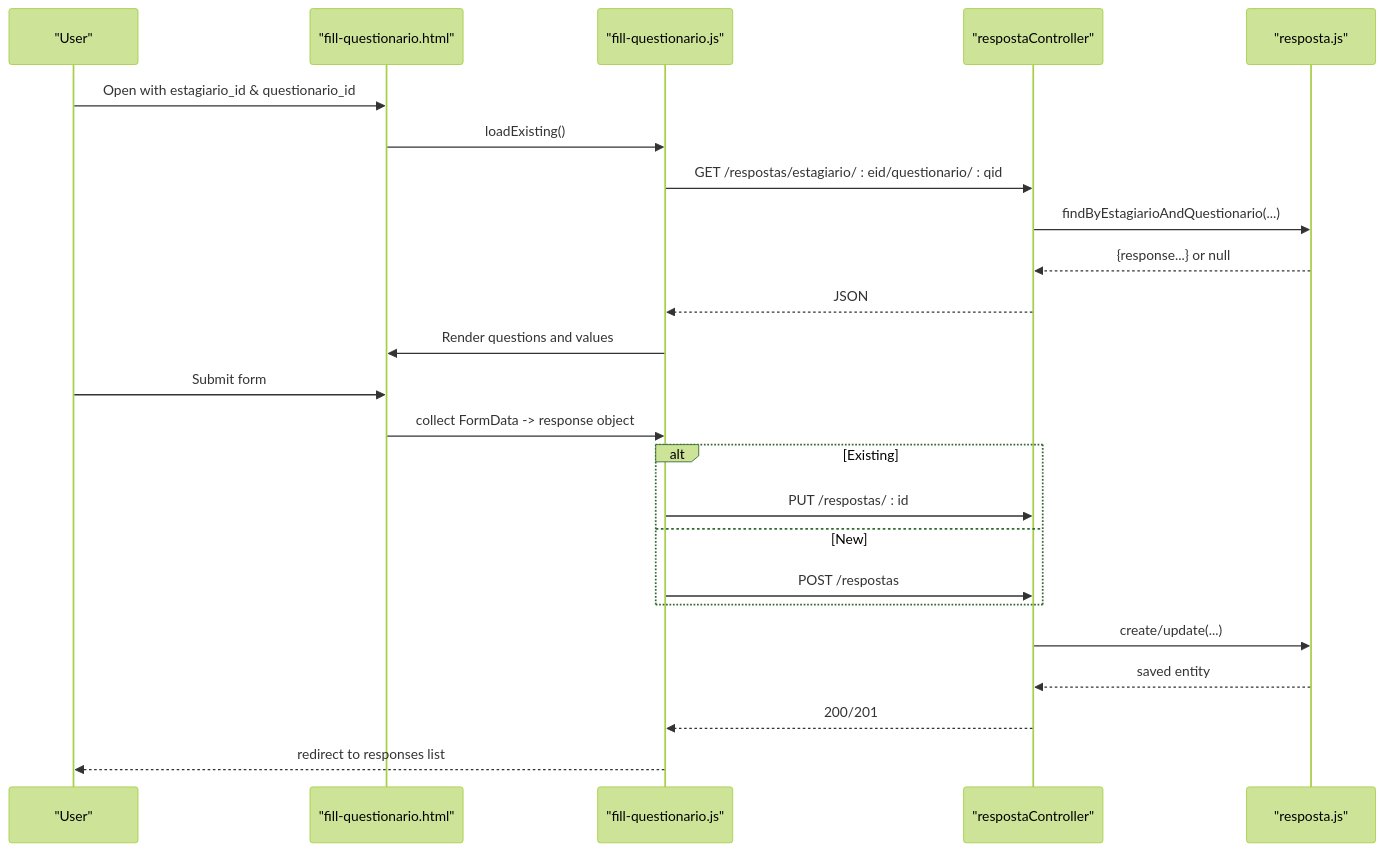
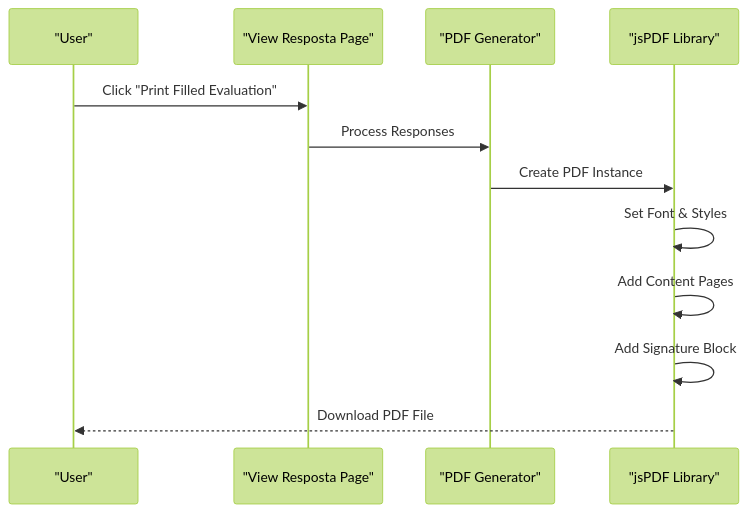
Before and after one commit to luiseduacosta/nodemural: the eighth of 9 diagrams in .qoder/repowiki/en/content/Core Features Implementation/Questionnaire & Assessment System.md, drawn with Mermaid (forest theme). The commit also changed other lines of this file and 30 other files, not shown here.

Commit message:
Update tables schema.

````diff
--- a/.qoder/repowiki/en/content/Core Features Implementation/Questionnaire & Assessment System.md
+++ b/.qoder/repowiki/en/content/Core Features Implementation/Questionnaire & Assessment System.md
@@ -367,26 +333,14 @@
 ```mermaid
 sequenceDiagram
 participant U as "User"
-participant FE as "fill-questionario.html"
-participant JS as "fill-questionario.js"
-participant API as "respostaController"
-participant MD as "resposta.js"
-U->>FE : Open with estagiario_id & questionario_id
-FE->>JS : loadExisting()
-JS->>API : GET /respostas/estagiario/ : eid/questionario/ : qid
-API->>MD : findByEstagiarioAndQuestionario(...)
-MD-->>API : {response...} or null
-API-->>JS : JSON
-JS->>FE : Render questions and values
-U->>FE : Submit form
-FE->>JS : collect FormData -> response object
-alt Existing
-JS->>API : PUT /respostas/ : id
-else New
-JS->>API : POST /respostas
-end
-API->>MD : create/update(...)
-MD-->>API : saved entity
-API-->>JS : 200/201
-JS-->>U : redirect to responses list
+participant VR as "View Resposta Page"
+participant PDF as "PDF Generator"
+participant DOC as "jsPDF Library"
+U->>VR : Click "Print Filled Evaluation"
+VR->>PDF : Process Responses
+PDF->>DOC : Create PDF Instance
+DOC->>DOC : Set Font & Styles
+DOC->>DOC : Add Content Pages
+DOC->>DOC : Add Signature Block
+DOC-->>U : Download PDF File
 ```
````
